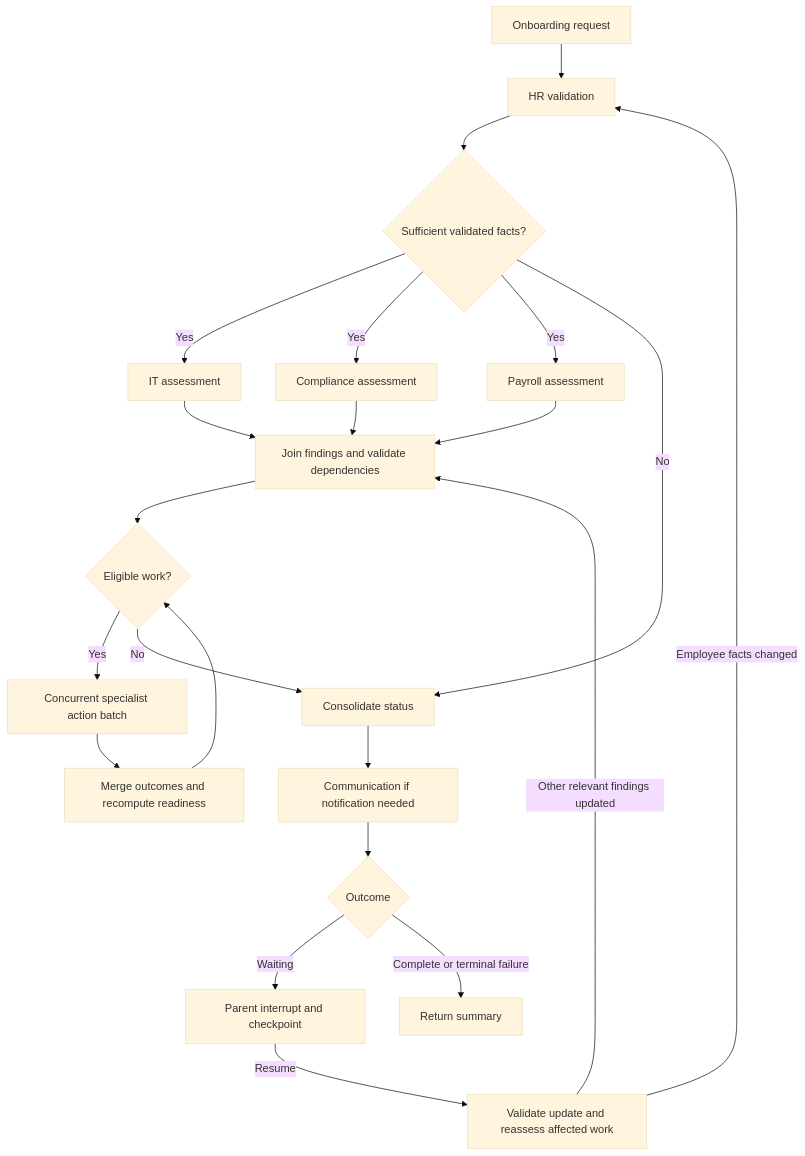
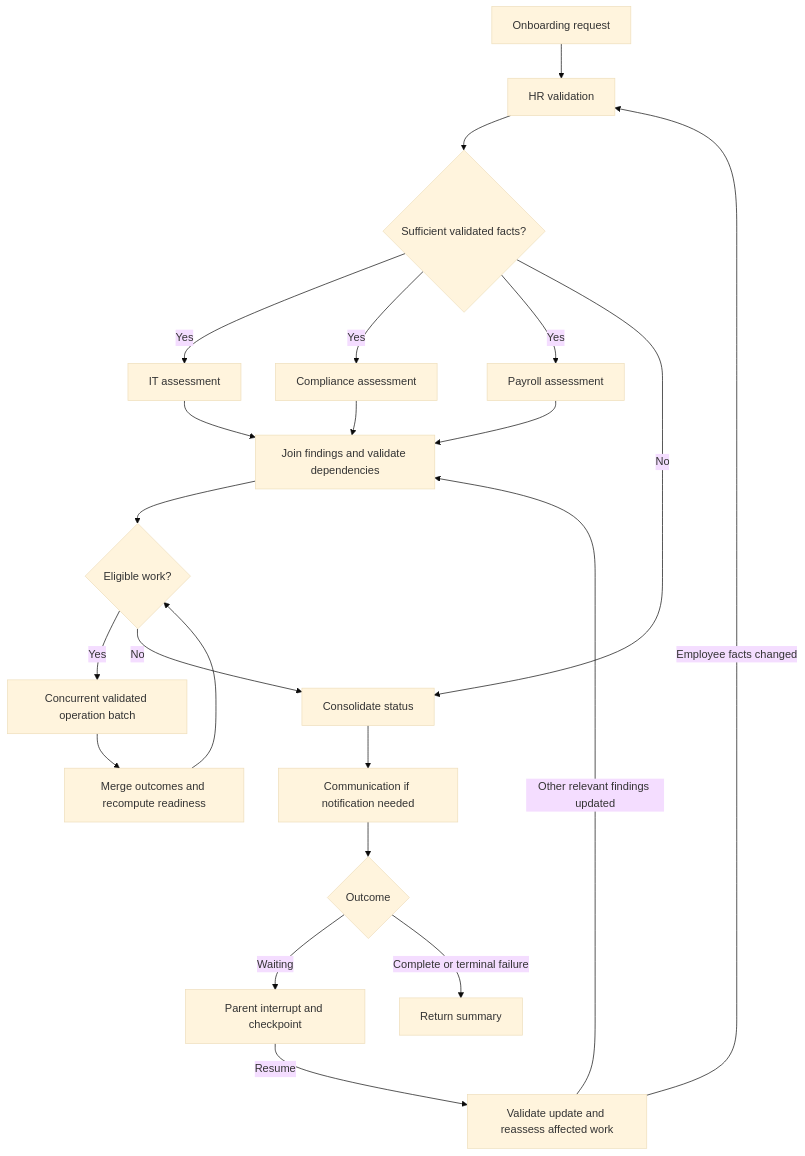
Before and after one commit to AshwathsPlayground/multi-agent-hr-onboarding-system: the diagram in docs/adr/0007-onboarding-orchestration-and-concurrency.md, drawn with Mermaid (base theme). The commit also changed other lines of this file and 40 other files, not shown here.

````diff
--- a/docs/adr/0007-onboarding-orchestration-and-concurrency.md
+++ b/docs/adr/0007-onboarding-orchestration-and-concurrency.md
@@ -38,24 +44,24 @@
 ```mermaid
 flowchart TD
     A[Onboarding request] --> B[HR validation]
     B --> C{Sufficient validated facts?}
     C -->|Yes| D[IT assessment]
     C -->|Yes| E[Compliance assessment]
     C -->|Yes| F[Payroll assessment]
     D --> G[Join findings and validate dependencies]
     E --> G
     F --> G
     G --> H{Eligible work?}
-    H -->|Yes| I[Concurrent specialist action batch]
+    H -->|Yes| I[Concurrent validated operation batch]
     I --> J[Merge outcomes and recompute readiness]
     J --> H
     C -->|No| K[Consolidate status]
     H -->|No| K
     K --> L[Communication if notification needed]
     L --> M{Outcome}
     M -->|Waiting| N[Parent interrupt and checkpoint]
     N -->|Resume| O[Validate update and reassess affected work]
     O -->|Employee facts changed| B
     O -->|Other relevant findings updated| G
     M -->|Complete or terminal failure| P[Return summary]
 ```
````
